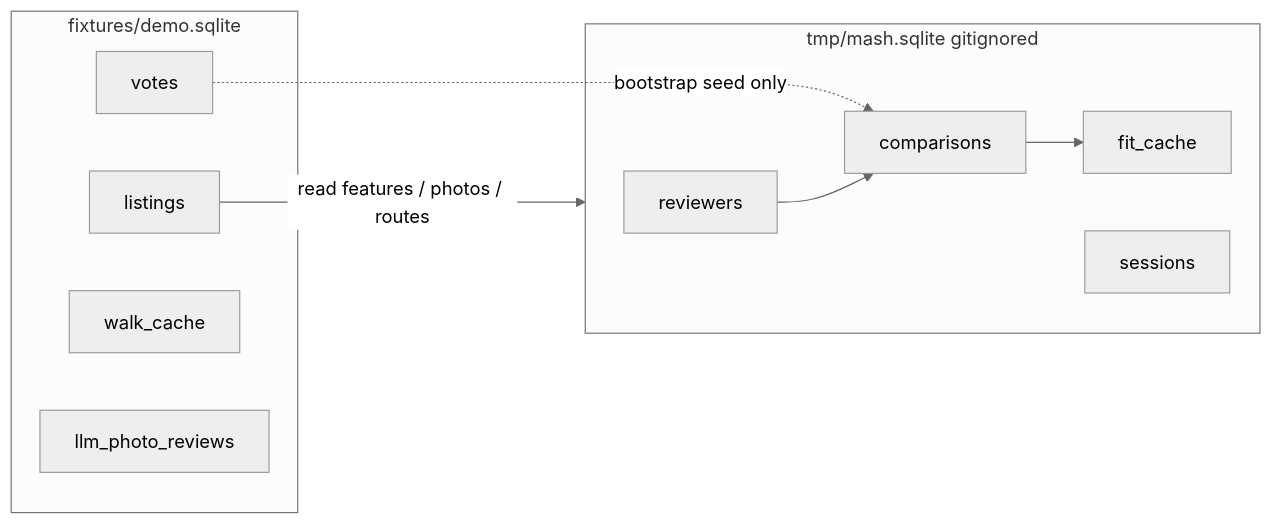
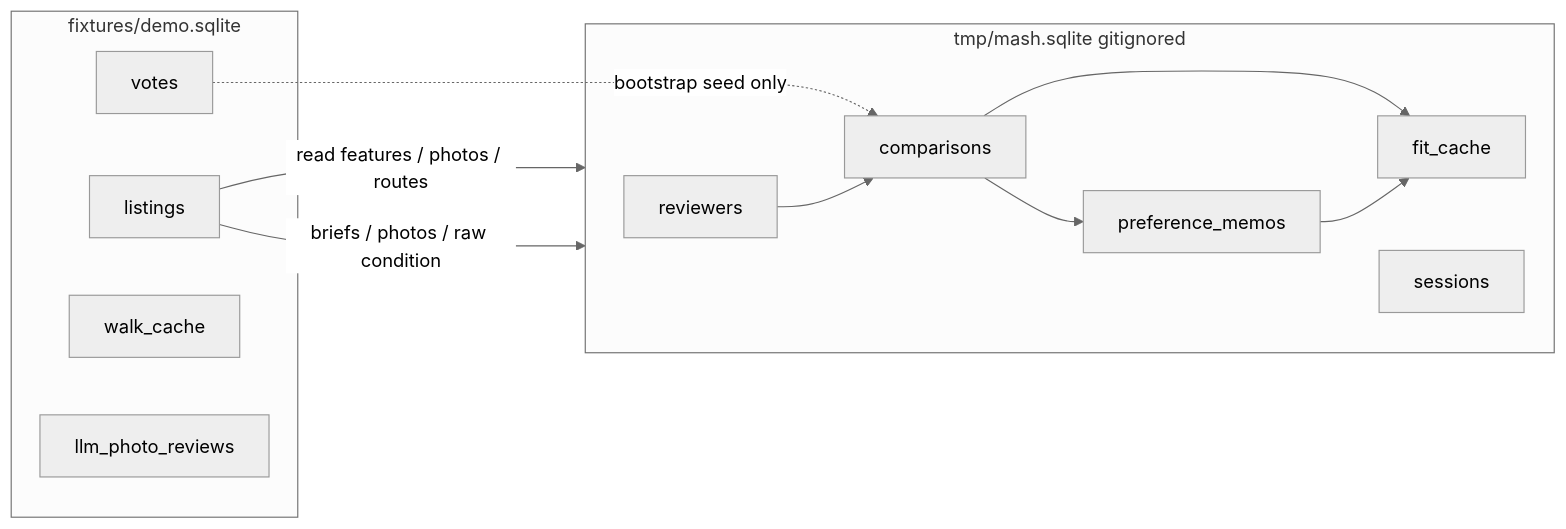
One commit to samkim0425/casita changed the diagram in README.md. Above: the diagram before and after it, drawn with Mermaid (neutral theme). The commit also changed other lines of this file, not shown here.

````diff
--- a/README.md
+++ b/README.md
@@ -35,21 +53,25 @@
 ```mermaid
 flowchart LR
   subgraph fixture["fixtures/demo.sqlite"]
     listings[listings]
     votes[votes]
     walk_cache[walk_cache]
     photo[llm_photo_reviews]
   end
 
   subgraph mash["tmp/mash.sqlite gitignored"]
     reviewers[reviewers]
     comparisons[comparisons]
+    memos[preference_memos]
     fit_cache[fit_cache]
     sessions[sessions]
   end
 
   listings -->|read features / photos / routes| mash
+  listings -->|briefs / photos / raw condition| mash
   votes -.->|bootstrap seed only| comparisons
   reviewers --> comparisons
   comparisons --> fit_cache
+  comparisons --> memos
+  memos --> fit_cache
 ```
````
